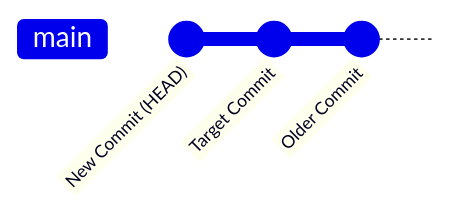
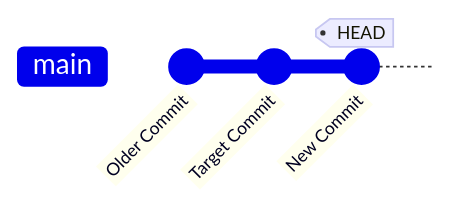
The fourth of 7 diagrams in docs/git/understanding-undo-time-traveling.md (Yoad-Duani/personal_notes), drawn with Mermaid before and after one commit. The commit also changed other lines of this file and 4 other files, not shown here.

````diff
--- a/docs/git/understanding-undo-time-traveling.md
+++ b/docs/git/understanding-undo-time-traveling.md
@@ -154,6 +157,7 @@
 ```mermaid
 gitGraph
-    commit id: "New Commit (HEAD)"
+    commit id: "Older Commit"
     commit id: "Target Commit"
-    commit id: "Older Commit"
+    commit id: "New Commit" tag: "HEAD"
+    
 ```
````
